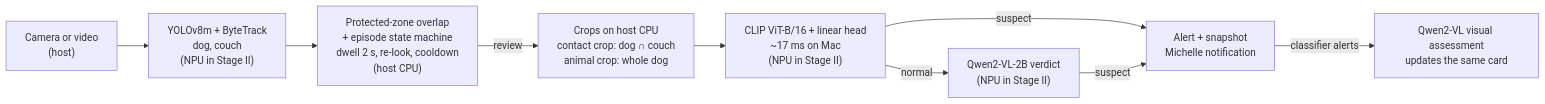
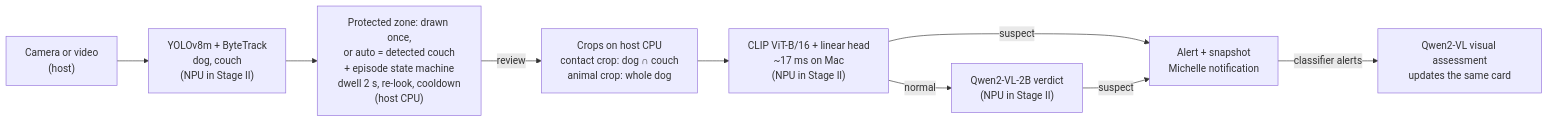
Before and after one commit to KevinBwk/MischiefCam: the diagram in README.md, drawn with Mermaid. The commit also changed other lines of this file and 11 other files, not shown here.

First line of the commit message:
Auto protected zone: detected couches are the zone; shown on screen

````diff
--- a/README.md
+++ b/README.md
@@ -57,11 +57,11 @@
 ```mermaid
 flowchart LR
     CAM["Camera or video<br/>(host)"] --> DET["YOLOv8m + ByteTrack<br/>dog, couch<br/>(NPU in Stage II)"]
-    DET --> ZONE["Protected-zone overlap<br/>+ episode state machine<br/>dwell 2 s, re-look, cooldown<br/>(host CPU)"]
+    DET --> ZONE["Protected zone: drawn once,<br/>or auto = detected couch<br/>+ episode state machine<br/>dwell 2 s, re-look, cooldown<br/>(host CPU)"]
     ZONE -->|review| CROP["Crops on host CPU<br/>contact crop: dog ∩ couch<br/>animal crop: whole dog"]
     CROP --> CLF["CLIP ViT-B/16 + linear head<br/>~17 ms on Mac<br/>(NPU in Stage II)"]
     CLF -->|suspect| ALERT["Alert + snapshot<br/>Michelle notification"]
     CLF -->|normal| VLM["Qwen2-VL-2B verdict<br/>(NPU in Stage II)"]
     VLM -->|suspect| ALERT
     ALERT -->|classifier alerts| EXPL["Qwen2-VL visual assessment<br/>updates the same card"]
 ```
````
